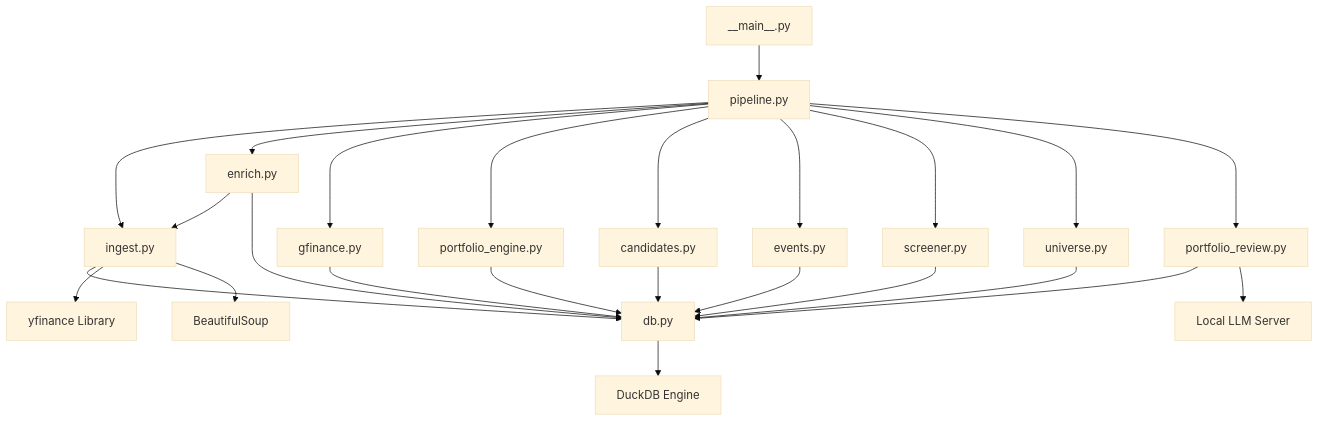
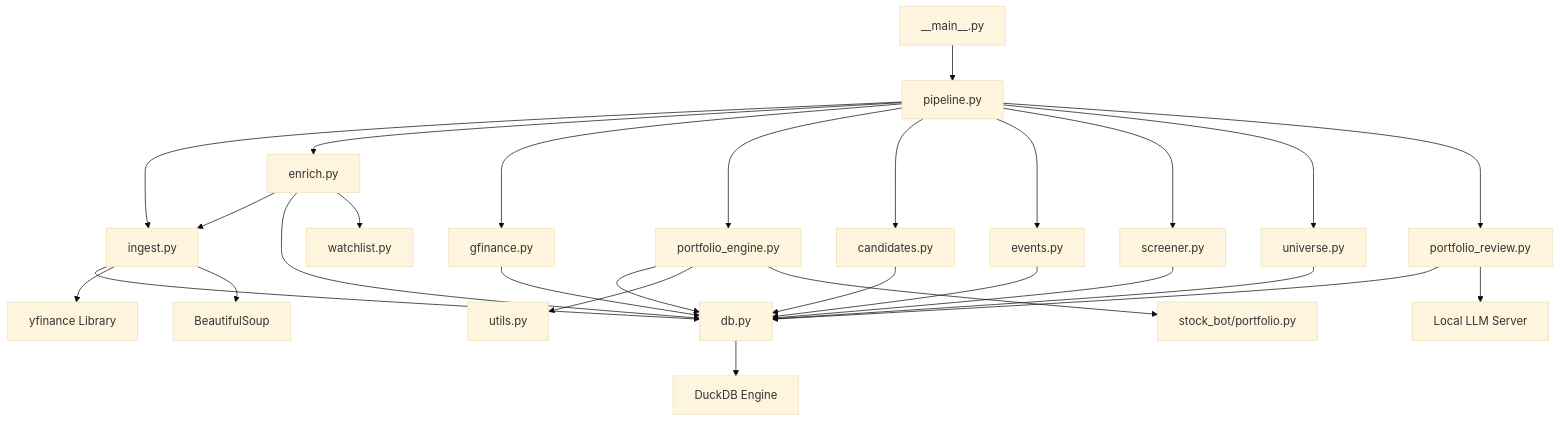
One commit to ZengSeng/telegram-bot changed diagram 21 of 21 in .qoder/repowiki/en/content/Core Components/Data Engineering Module/Data Engineering Module.md. Above: the diagram before and after it, drawn with Mermaid (base theme). The commit also changed other lines of this file and 15 other files, not shown here.

````diff
--- a/.qoder/repowiki/en/content/Core Components/Data Engineering Module/Data Engineering Module.md
+++ b/.qoder/repowiki/en/content/Core Components/Data Engineering Module/Data Engineering Module.md
@@ -1444,27 +1494,30 @@
 ```mermaid
 graph TB
 Main["__main__.py"] --> Pipeline["pipeline.py"]
 Pipeline --> Ingest["ingest.py"]
 Pipeline --> Enrich["enrich.py"]
 Pipeline --> GFinance["gfinance.py"]
 Pipeline --> Portfolio["portfolio_engine.py"]
 Pipeline --> Candidates["candidates.py"]
 Pipeline --> Events["events.py"]
 Pipeline --> Screener["screener.py"]
 Pipeline --> Universe["universe.py"]
 Pipeline --> Review["portfolio_review.py"]
 Ingest --> DB["db.py"]
 Enrich --> Ingest
 Enrich --> DB
+Enrich --> Watchlist["watchlist.py"]
 GFinance --> DB
 Portfolio --> DB
+Portfolio --> Utils["utils.py"]
+Portfolio --> StockPortfolio["stock_bot/portfolio.py"]
 Candidates --> DB
 Events --> DB
 Screener --> DB
 Universe --> DB
 Review --> DB
 DB --> DuckDB["DuckDB Engine"]
 Ingest --> YFinance["yfinance Library"]
 Ingest --> BeautifulSoup["BeautifulSoup"]
 Review --> LLM["Local LLM Server"]
 ```
````
